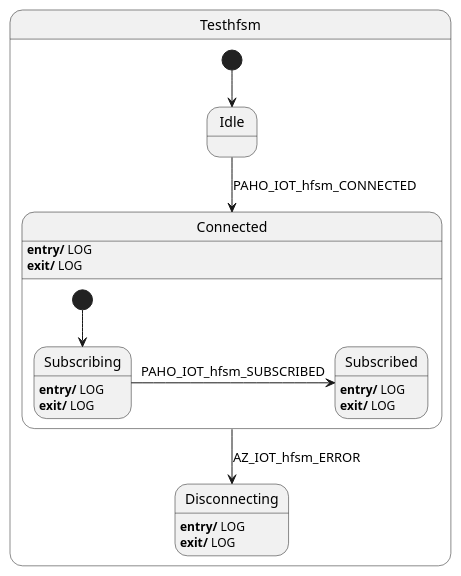
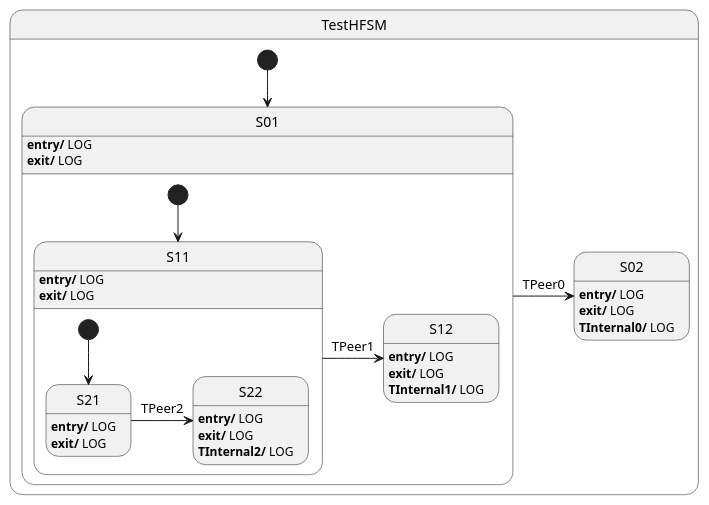
One commit to CIPop/hsm changed the diagram in doc/hfsm_test.puml. Above: the diagram before and after it, drawn with PlantUML. The commit also changed 1 other file, not shown here.

Commit message:
Adding test HSM

```diff
--- a/doc/hfsm_test.puml
+++ b/doc/hfsm_test.puml
@@ -1,30 +1,41 @@
 @startuml
 
-state Testhfsm {
-    state Idle
+state TestHFSM {
+    state S01 {
+        state S11 {
+            state S21
+            S21 : <b>entry/</b> LOG
+            S21 : <b>exit/</b> LOG
 
-    state Connected {
-        state Subscribing
-        Subscribing : <b>entry/</b> LOG
-        Subscribing : <b>exit/</b> LOG
+            state S22
+            S22 : <b>entry/</b> LOG
+            S22 : <b>exit/</b> LOG
+            S22 : <b>TInternal2/</b> LOG
 
-        state Subscribed
-        Subscribed : <b>entry/</b> LOG
-        Subscribed : <b>exit/</b> LOG
+            [*] --> S21
+            S21 -right->S22 : TPeer2
+        }
+        S11 : <b>entry/</b> LOG
+        S11 : <b>exit/</b> LOG
 
-        [*] --> Subscribing
-        Subscribing -> Subscribed : PAHO_IOT_hfsm_SUBSCRIBED
+        state S12
+        S12 : <b>entry/</b> LOG
+        S12 : <b>exit/</b> LOG
+        S12 : <b>TInternal1/</b> LOG
+
+        [*] --> S11
+        S11 -> S12 : TPeer1
     }
-    Connected : <b>entry/</b> LOG
-    Connected : <b>exit/</b> LOG
+    S01 : <b>entry/</b> LOG
+    S01 : <b>exit/</b> LOG
 
-    state Disconnecting
-    Disconnecting : <b>entry/</b> LOG
-    Disconnecting : <b>exit/</b> LOG
+    state S02
+    S02 : <b>entry/</b> LOG
+    S02 : <b>exit/</b> LOG
+    S02 : <b>TInternal0/</b> LOG
 
-    [*] --> Idle
-    Idle --> Connected : PAHO_IOT_hfsm_CONNECTED
-    Connected --> Disconnecting : AZ_IOT_hfsm_ERROR
+    [*] --> S01
+    S01 -right-> S02 : TPeer0
 }
 
 @enduml
```
